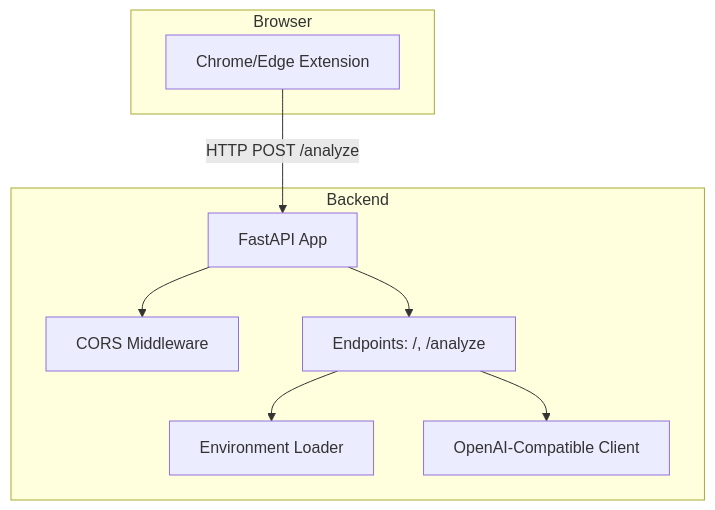
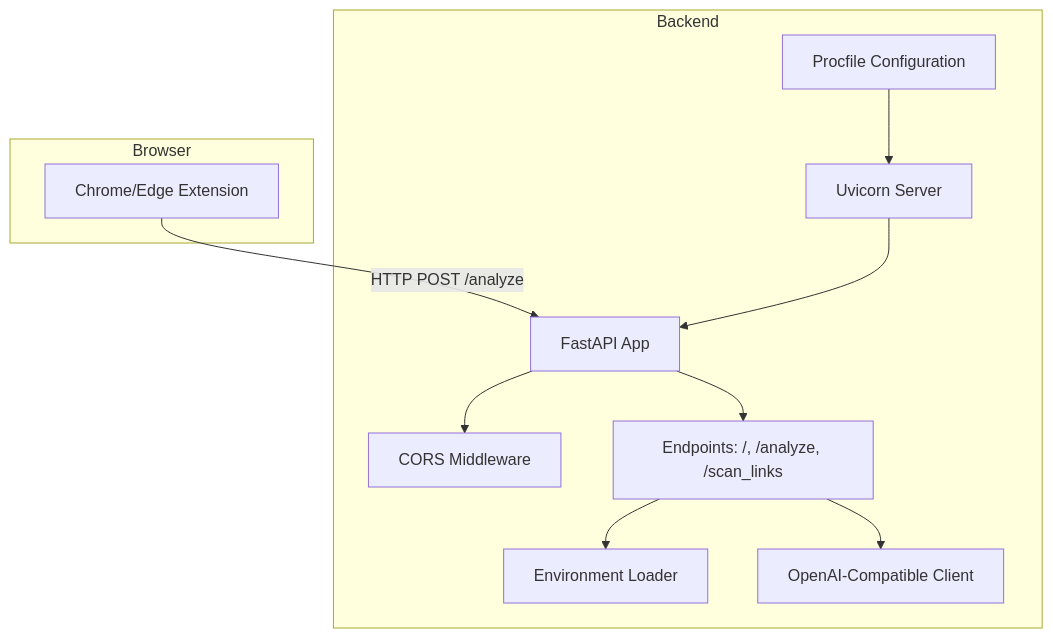
Before and after one commit to Aymanaahh/scrollguard-ai: the first of 4 diagrams in .qoder/repowiki/en/content/Deployment and Configuration.md, drawn with Mermaid. The commit also changed other lines of this file and 34 other files, not shown here.

````diff
--- a/.qoder/repowiki/en/content/Deployment and Configuration.md
+++ b/.qoder/repowiki/en/content/Deployment and Configuration.md
@@ -33,18 +43,22 @@
 ```mermaid
 graph TB
 subgraph "Browser"
 EXT["Chrome/Edge Extension"]
 end
 subgraph "Backend"
 APP["FastAPI App"]
 CORS["CORS Middleware"]
-ROUTES["Endpoints: /, /analyze"]
+ROUTES["Endpoints: /, /analyze, /scan_links"]
 ENV["Environment Loader"]
 LLM["OpenAI-Compatible Client"]
+UVICORN["Uvicorn Server"]
+PROCFILE["Procfile Configuration"]
 end
 EXT --> |"HTTP POST /analyze"| APP
 APP --> CORS
 APP --> ROUTES
 ROUTES --> ENV
 ROUTES --> LLM
+PROCFILE --> UVICORN
+UVICORN --> APP
 ```
````
